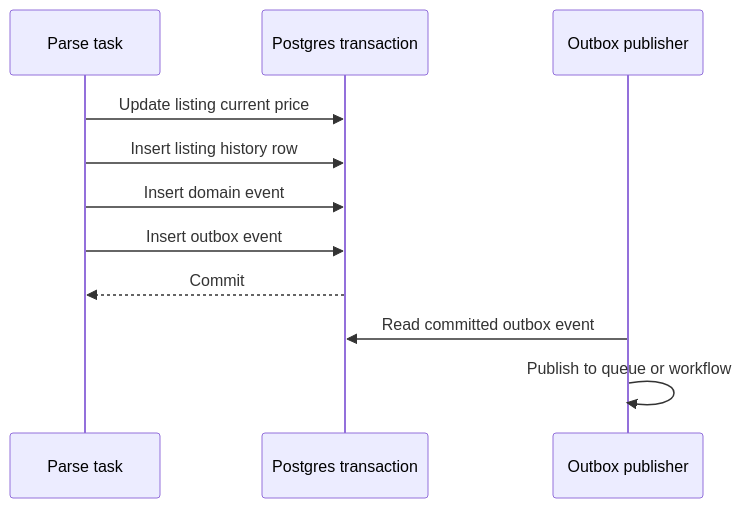
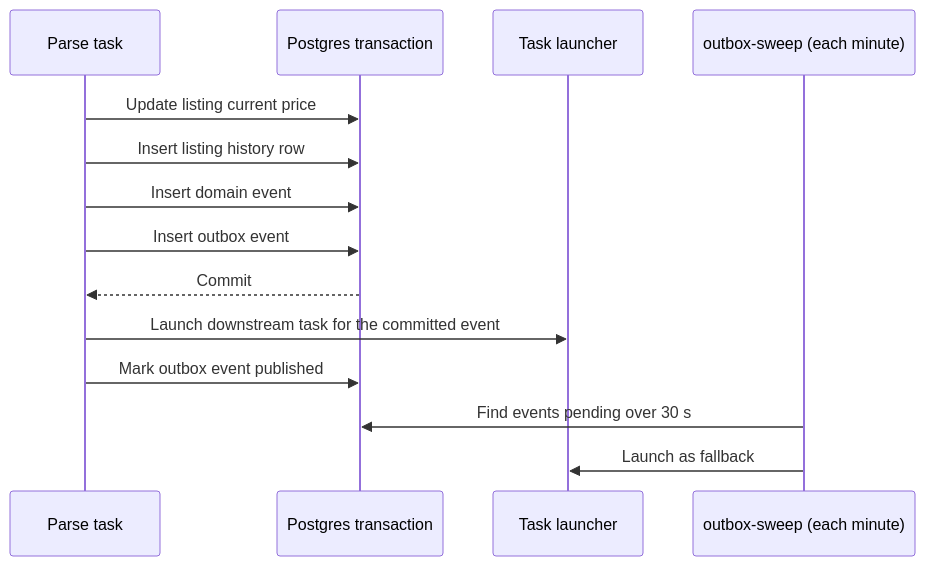
Before and after one commit to robsgreen/property-focus: diagram 12 of 29 in specs/property-focus/master-plan.md, drawn with Mermaid. The commit also changed other lines of this file, not shown here.

````diff
--- a/specs/property-focus/master-plan.md
+++ b/specs/property-focus/master-plan.md
@@ -253,13 +260,16 @@
 ```mermaid
 sequenceDiagram
     participant Task as Parse task
     participant DB as Postgres transaction
-    participant Pub as Outbox publisher
+    participant Launch as Task launcher
+    participant Sweep as outbox-sweep (each minute)
     Task->>DB: Update listing current price
     Task->>DB: Insert listing history row
     Task->>DB: Insert domain event
     Task->>DB: Insert outbox event
     DB-->>Task: Commit
-    Pub->>DB: Read committed outbox event
-    Pub->>Pub: Publish to queue or workflow
+    Task->>Launch: Launch downstream task for the committed event
+    Task->>DB: Mark outbox event published
+    Sweep->>DB: Find events pending over 30 s
+    Sweep->>Launch: Launch as fallback
 ```
````
